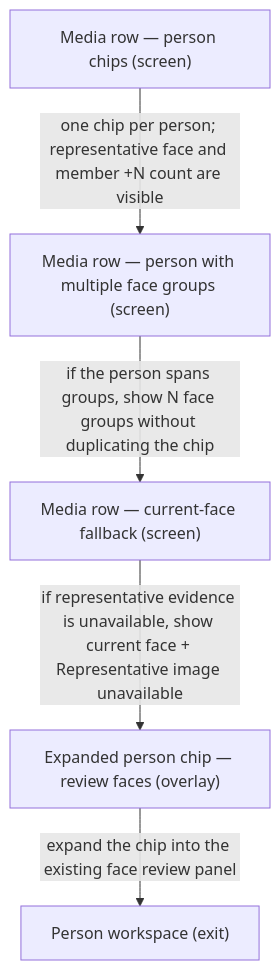
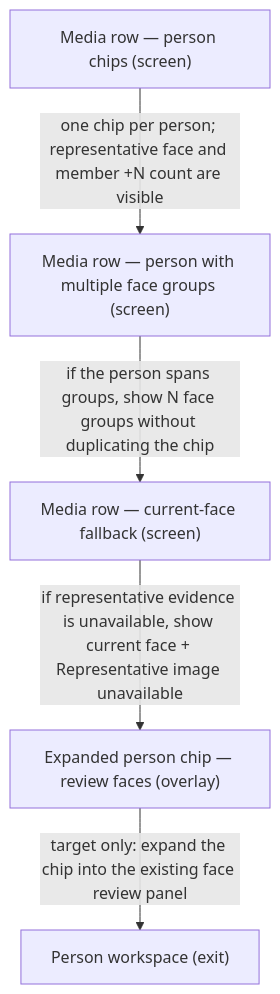
One commit to darce/context-alt-text-monorepo changed the second of 2 diagrams in apps/prototype-wp-alt-context/docs/ux-maps/workbench-identity-chips.md. Above: the diagram before and after it, drawn with Mermaid. The commit also changed other lines of this file and 6 other files, not shown here.

First line of the commit message:
feature-uxrec-1-map2-00d7a42e: align UXREC-1 maps to shared TIMELINE/GPU/IDENTITY contract

````diff
--- a/apps/prototype-wp-alt-context/docs/ux-maps/workbench-identity-chips.md
+++ b/apps/prototype-wp-alt-context/docs/ux-maps/workbench-identity-chips.md
@@ -306,14 +357,14 @@
 ```mermaid
 flowchart TD
-  %% flow: Media row person chip → evidence review → person workspace job=job-review-person-evidence
-  %% steps: [{"screen_id":"workbench-media-row-person-chips","branch_label":"one chip per person; representative face and member +N count are visible"},{"screen_id":"workbench-media-row-face-group-badge","branch_label":"if the person spans groups, show N face groups without duplicating the chip"},{"screen_id":"workbench-media-row-current-face-fallback","branch_label":"if representative evidence is unavailable, show current face + Representative image unavailable"},{"screen_id":"workbench-person-chip-expanded","branch_label":"expand the chip into the existing face review panel"},{"screen_id":"exit-roster","branch_label":"chip name, avatar, or face-group-count button opens the person workspace"}]
+  %% flow: Pre-existing target (not current source): person chip → face review → person workspace job=job-review-person-evidence
+  %% steps: [{"screen_id":"workbench-media-row-person-chips","branch_label":"one chip per person; representative face and member +N count are visible"},{"screen_id":"workbench-media-row-face-group-badge","branch_label":"if the person spans groups, show N face groups without duplicating the chip"},{"screen_id":"workbench-media-row-current-face-fallback","branch_label":"if representative evidence is unavailable, show current face + Representative image unavailable"},{"screen_id":"workbench-person-chip-expanded","branch_label":"target only: expand the chip into the existing face review panel"},{"screen_id":"exit-roster","branch_label":"target only: chip name, avatar, or face-group-count button opens the person workspace"}]
   n_workbench_media_row_person_chips["Media row — person chips (screen)"]
   n_workbench_media_row_face_group_badge["Media row — person with multiple face groups (screen)"]
   n_workbench_media_row_person_chips -->|one chip per person; representative face and member +N count are visible| n_workbench_media_row_face_group_badge
   n_workbench_media_row_current_face_fallback["Media row — current-face fallback (screen)"]
   n_workbench_media_row_face_group_badge -->|if the person spans groups, show N face groups without duplicating the chip| n_workbench_media_row_current_face_fallback
   n_workbench_person_chip_expanded["Expanded person chip — review faces (overlay)"]
   n_workbench_media_row_current_face_fallback -->|if representative evidence is unavailable, show current face + Representative image unavailable| n_workbench_person_chip_expanded
   n_exit_roster["Person workspace (exit)"]
-  n_workbench_person_chip_expanded -->|expand the chip into the existing face review panel| n_exit_roster
+  n_workbench_person_chip_expanded -->|target only: expand the chip into the existing face review panel| n_exit_roster
 ```
````
